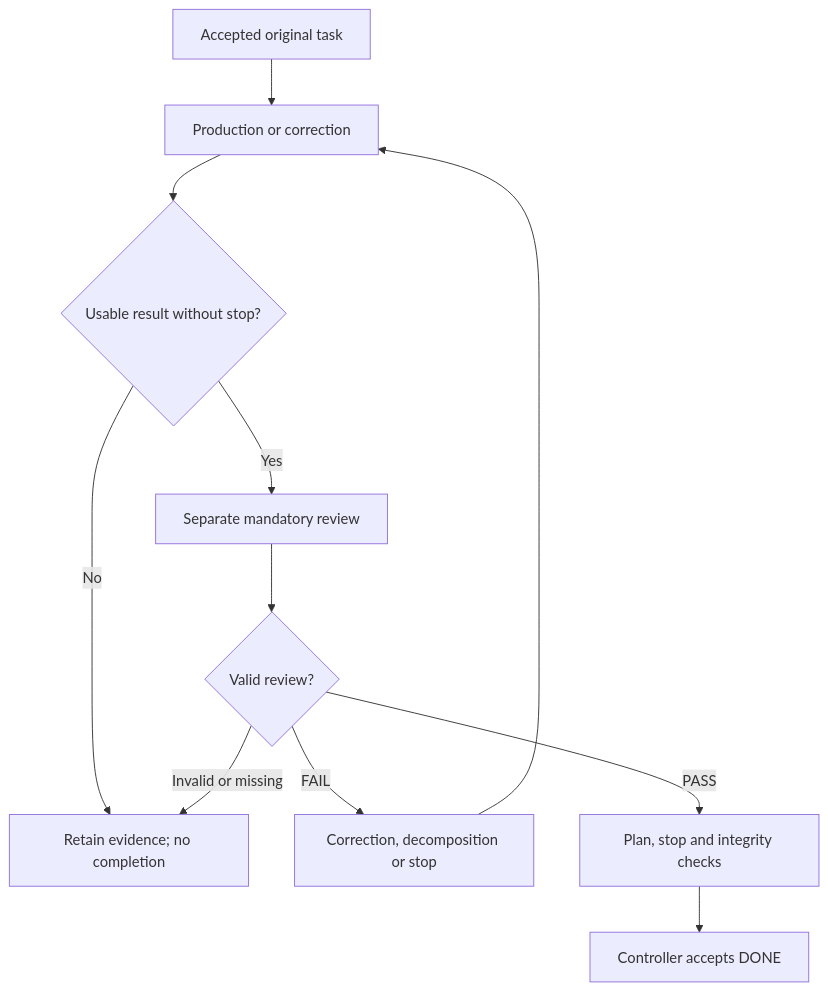
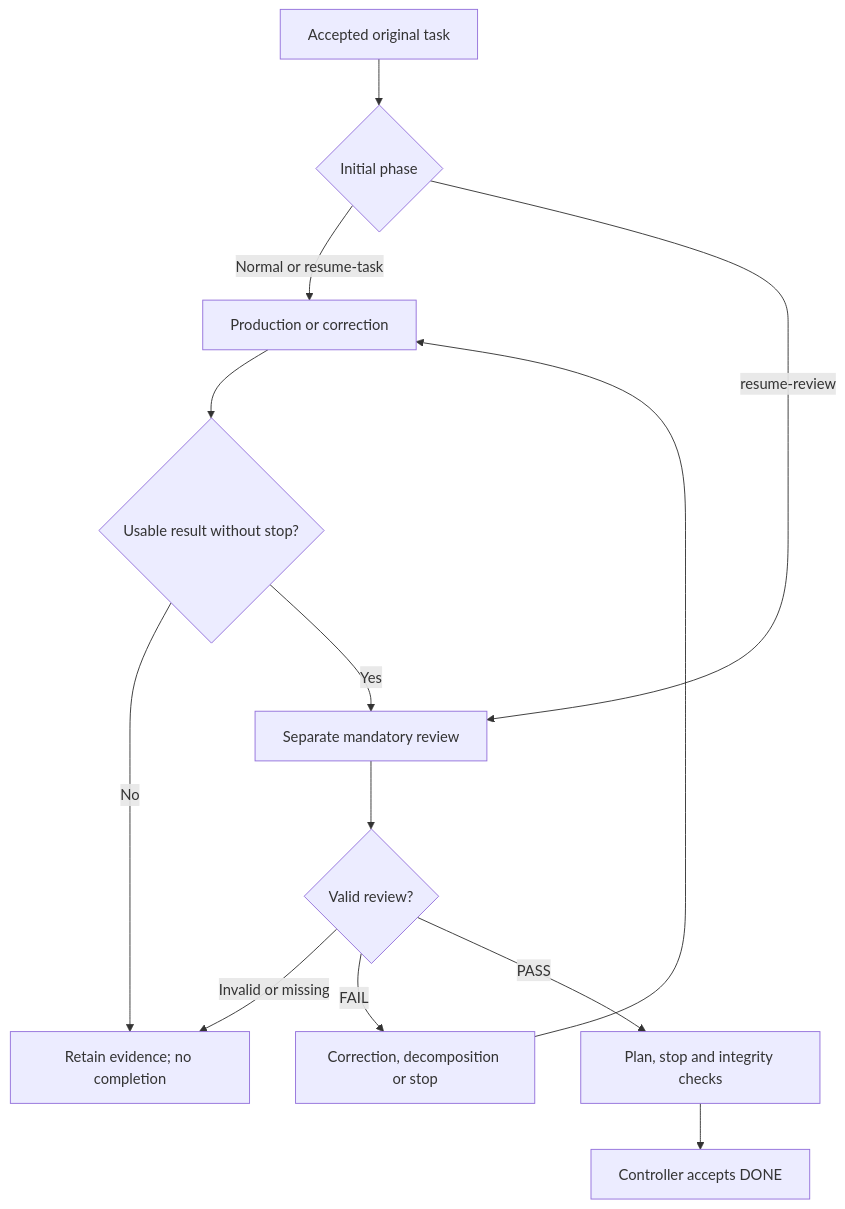
The second of 2 diagrams in docs/guides/technical-guide.en.md (abernert/arquilo), drawn with Mermaid before and after one commit. The commit also changed other lines of this file and 23 other files, not shown here.

First line of the commit message:
feat: resume the selected task at production or review

````diff
--- a/docs/guides/technical-guide.en.md
+++ b/docs/guides/technical-guide.en.md
@@ -74,13 +97,15 @@
 ```mermaid
 flowchart TD
-    Request["Accepted original task"] --> Production["Production or correction"]
+    Request["Accepted original task"] --> Entry{"Initial phase"}
+    Entry -->|Normal or resume-task| Production["Production or correction"]
+    Entry -->|resume-review| Review["Separate mandatory review"]
     Production --> Technical{"Usable result without stop?"}
     Technical -->|No| Incomplete["Retain evidence; no completion"]
-    Technical -->|Yes| Review["Separate mandatory review"]
+    Technical -->|Yes| Review
     Review --> Verdict{"Valid review?"}
     Verdict -->|Invalid or missing| Incomplete
     Verdict -->|FAIL| Repair["Correction, decomposition or stop"]
     Repair --> Production
     Verdict -->|PASS| Checks["Plan, stop and integrity checks"]
     Checks --> Done["Controller accepts DONE"]
 ```
````
